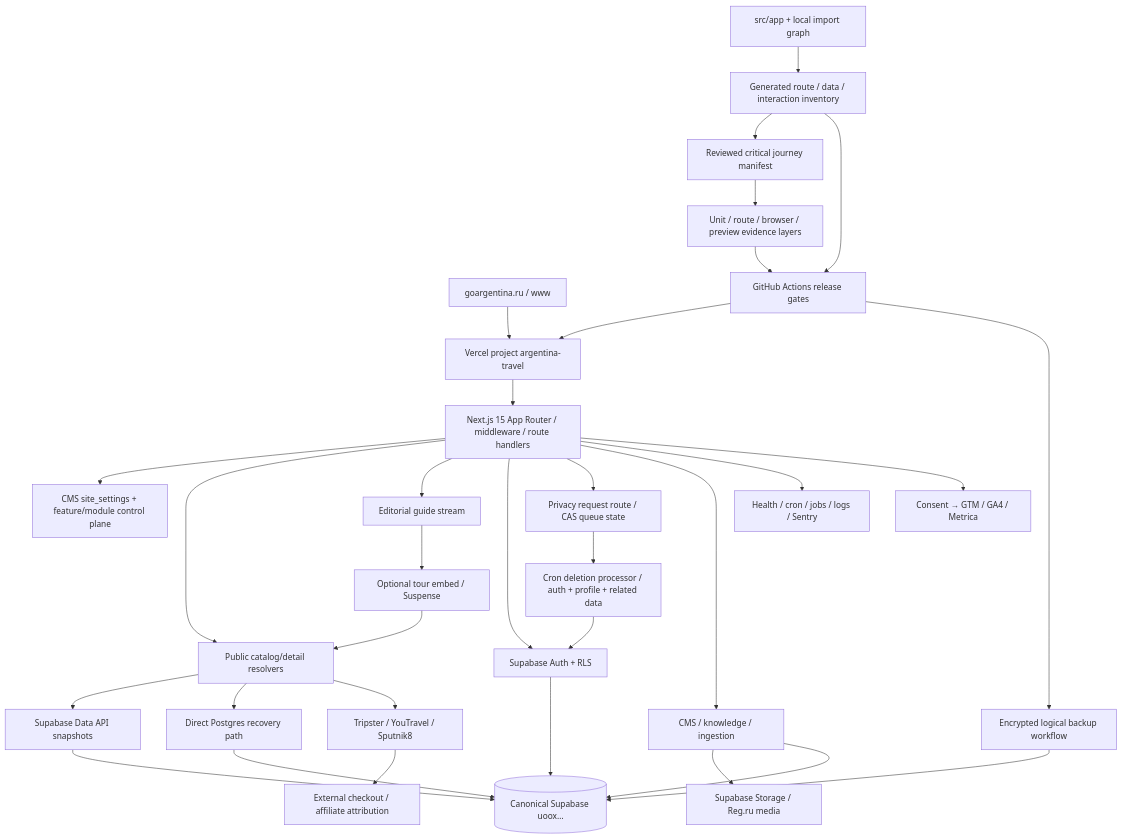
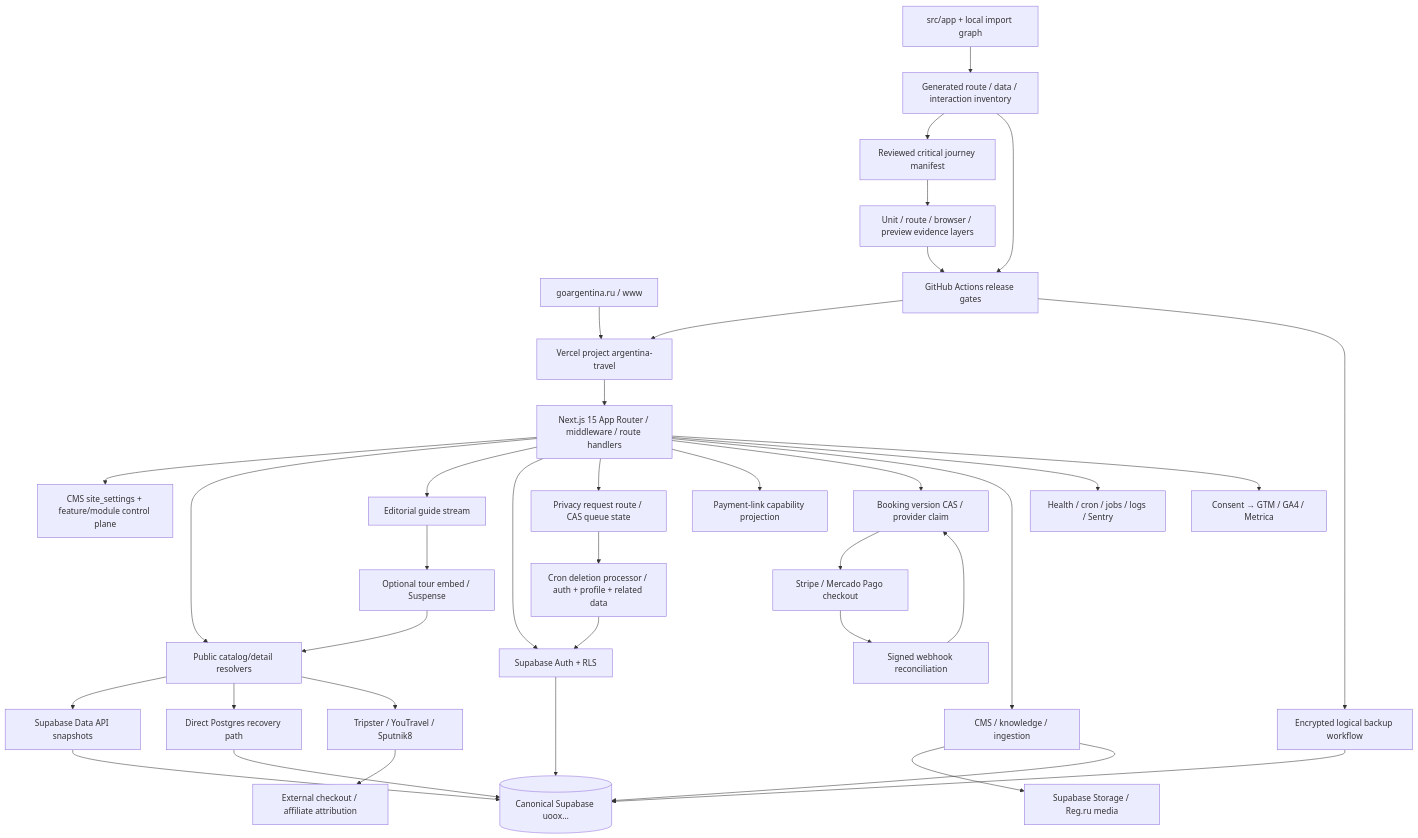
Before and after one commit to Evdokimychev/argentina-travel: the diagram in docs/project-governance/DEPENDENCY_GRAPH.md, drawn with Mermaid. The commit also changed other lines of this file and 6 other files, not shown here.

````diff
--- a/docs/project-governance/DEPENDENCY_GRAPH.md
+++ b/docs/project-governance/DEPENDENCY_GRAPH.md
@@ -5,34 +5,39 @@
 ```mermaid
 flowchart TD
   DNS["goargentina.ru / www"] --> Vercel["Vercel project argentina-travel"]
   Vercel --> Next["Next.js 15 App Router / middleware / route handlers"]
   Next --> Control["CMS site_settings + feature/module control plane"]
   Next --> Resolver["Public catalog/detail resolvers"]
   Next --> Guide["Editorial guide stream"]
   Guide --> Optional["Optional tour embed / Suspense"]
   Optional --> Resolver
   Next --> Auth["Supabase Auth + RLS"]
   Next --> Privacy["Privacy request route / CAS queue state"]
+  Next --> PaymentStatus["Payment-link capability projection"]
+  Next --> PaymentClaim["Booking version CAS / provider claim"]
+  PaymentClaim --> PayProviders["Stripe / Mercado Pago checkout"]
+  PayProviders --> PayWebhook["Signed webhook reconciliation"]
+  PayWebhook --> PaymentClaim
   Privacy --> Processor["Cron deletion processor / auth + profile + related data"]
   Processor --> Auth
   Next --> CMS["CMS / knowledge / ingestion"]
   Resolver --> Rest["Supabase Data API snapshots"]
   Resolver --> PG["Direct Postgres recovery path"]
   Resolver --> Partners["Tripster / YouTravel / Sputnik8"]
   Partners --> Affiliate["External checkout / affiliate attribution"]
   CMS --> Storage["Supabase Storage / Reg.ru media"]
   Next --> Ops["Health / cron / jobs / logs / Sentry"]
   Next --> Analytics["Consent → GTM / GA4 / Metrica"]
   GitHub["GitHub Actions release gates"] --> Vercel
   Source["src/app + local import graph"] --> Inventory["Generated route / data / interaction inventory"]
   Inventory --> Critical["Reviewed critical journey manifest"]
   Critical --> Contracts["Unit / route / browser / preview evidence layers"]
   Inventory --> GitHub
   Contracts --> GitHub
   GitHub --> Backup["Encrypted logical backup workflow"]
   Backup --> Supabase[("Canonical Supabase uoox…")]
   Rest --> Supabase
   PG --> Supabase
   Auth --> Supabase
   CMS --> Supabase
 ```
````
